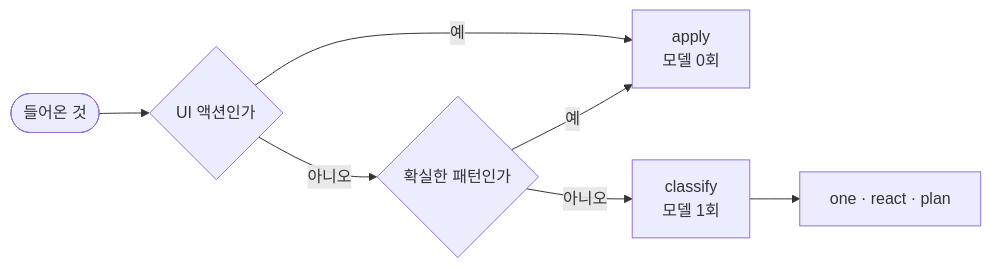
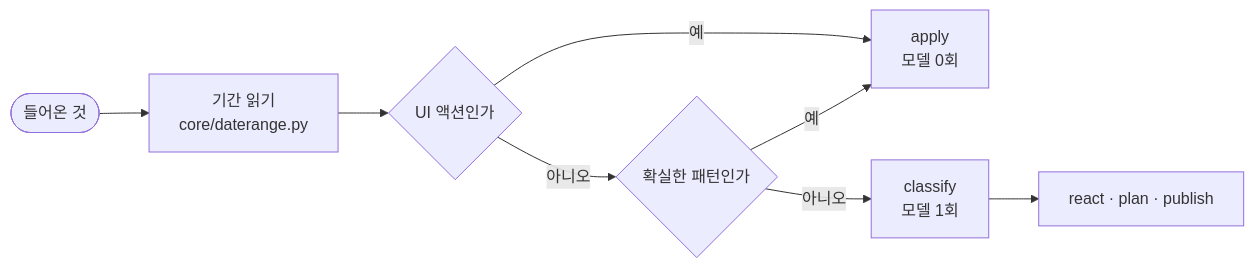
Diagram 13 of 21 in site/src/content/courses/ko/session-09/index.mdx (2026-ai-service-engineering-a/ai_service_engineering-track_a), drawn with Mermaid before and after one commit. The commit also changed other lines of this file and 1 other file, not shown here.

````diff
--- a/site/src/content/courses/ko/session-09/index.mdx
+++ b/site/src/content/courses/ko/session-09/index.mdx
@@ -972,9 +987,10 @@
 ```mermaid
 flowchart LR
-    Q(["들어온 것"]) --> U{"UI 액션인가"}
+    Q(["들어온 것"]) --> D["기간 읽기<br/>core/daterange.py"]
+    D --> U{"UI 액션인가"}
     U -->|"예"| A["apply<br/>모델 0회"]
     U -->|"아니오"| P{"확실한 패턴인가"}
     P -->|"예"| A
     P -->|"아니오"| C["classify<br/>모델 1회"]
-    C --> R["one · react · plan"]
+    C --> R["react · plan · publish"]
 ```
````
